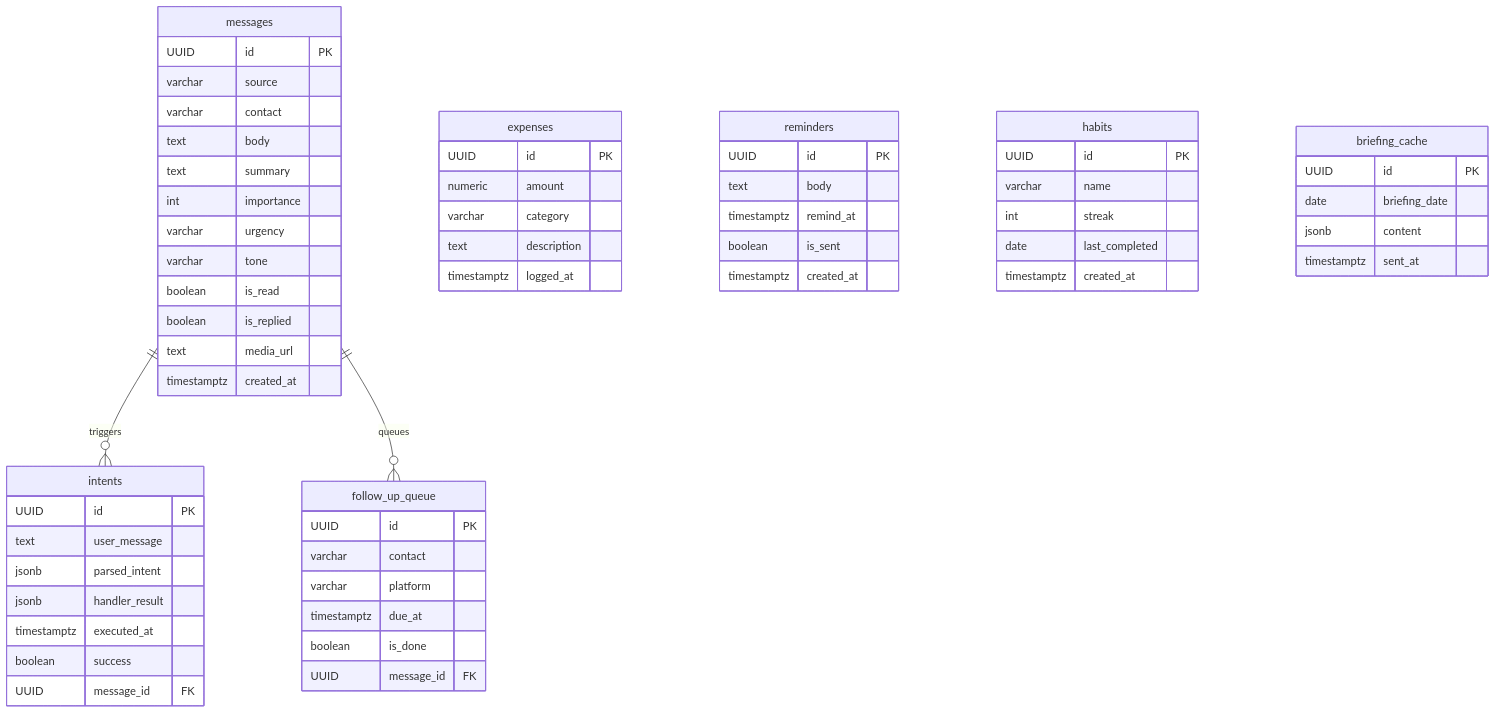
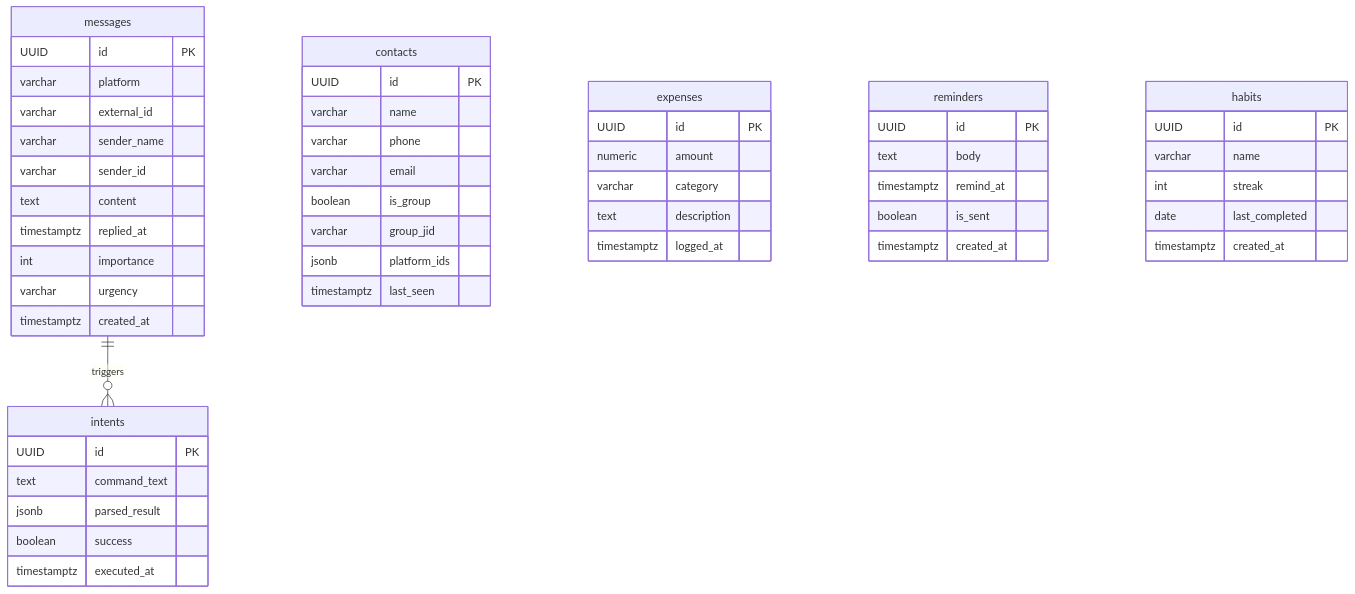
The tenth of 15 diagrams in README.md (aanandmodi/ARIA), drawn with Mermaid before and after one commit. The commit also changed other lines of this file, not shown here.

Commit message:
docs: complete rewrite of README.md with detailed NLU pipelines, database schema, LID-JID engineering insights, and Mermaid flowcharts

````diff
--- a/README.md
+++ b/README.md
@@ -501,70 +425,60 @@
 ```mermaid
 erDiagram
     messages {
         UUID id PK
-        varchar source
-        varchar contact
-        text body
-        text summary
+        varchar platform
+        varchar external_id
+        varchar sender_name
+        varchar sender_id
+        text content
+        timestamptz replied_at
         int importance
         varchar urgency
-        varchar tone
-        boolean is_read
-        boolean is_replied
-        text media_url
         timestamptz created_at
+    }
+
+    contacts {
+        UUID id PK
+        varchar name
+        varchar phone
+        varchar email
+        boolean is_group
+        varchar group_jid
+        jsonb platform_ids
+        timestamptz last_seen
     }
 
     intents {
         UUID id PK
-        text user_message
-        jsonb parsed_intent
-        jsonb handler_result
+        text command_text
+        jsonb parsed_result
+        boolean success
         timestamptz executed_at
-        boolean success
-        UUID message_id FK
     }
 
     expenses {
         UUID id PK
         numeric amount
         varchar category
         text description
         timestamptz logged_at
     }
 
     reminders {
         UUID id PK
         text body
         timestamptz remind_at
         boolean is_sent
         timestamptz created_at
     }
 
     habits {
         UUID id PK
         varchar name
         int streak
         date last_completed
         timestamptz created_at
     }
 
-    follow_up_queue {
-        UUID id PK
-        varchar contact
-        varchar platform
-        timestamptz due_at
-        boolean is_done
-        UUID message_id FK
-    }
-
-    briefing_cache {
-        UUID id PK
-        date briefing_date
-        jsonb content
-        timestamptz sent_at
-    }
-
     messages ||--o{ intents : "triggers"
-    messages ||--o{ follow_up_queue : "queues"
 ```
````
